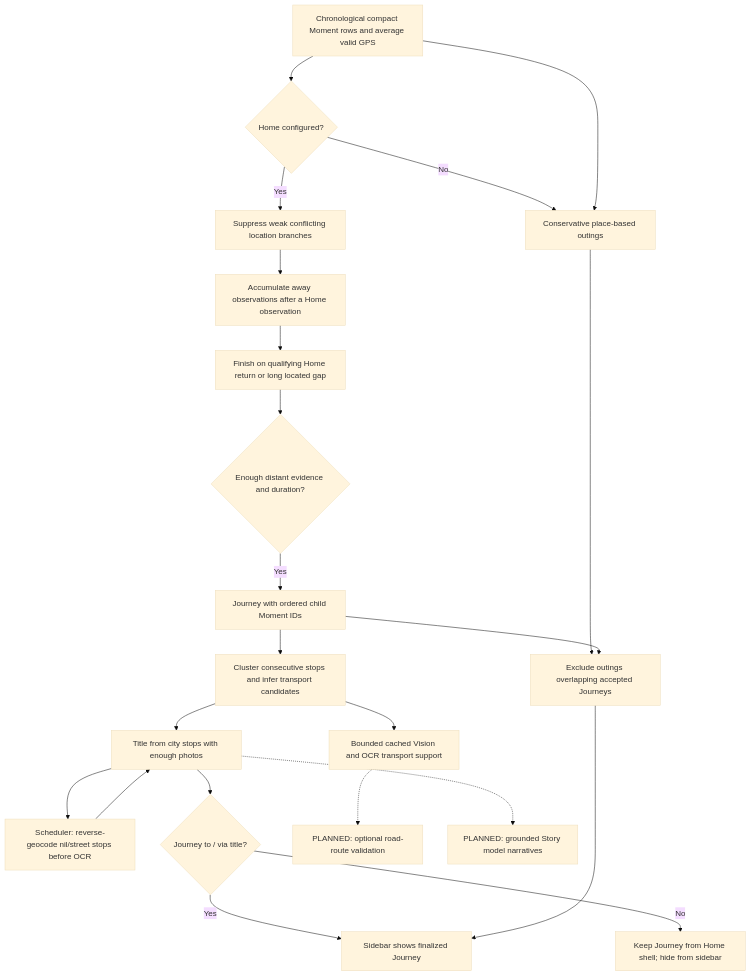
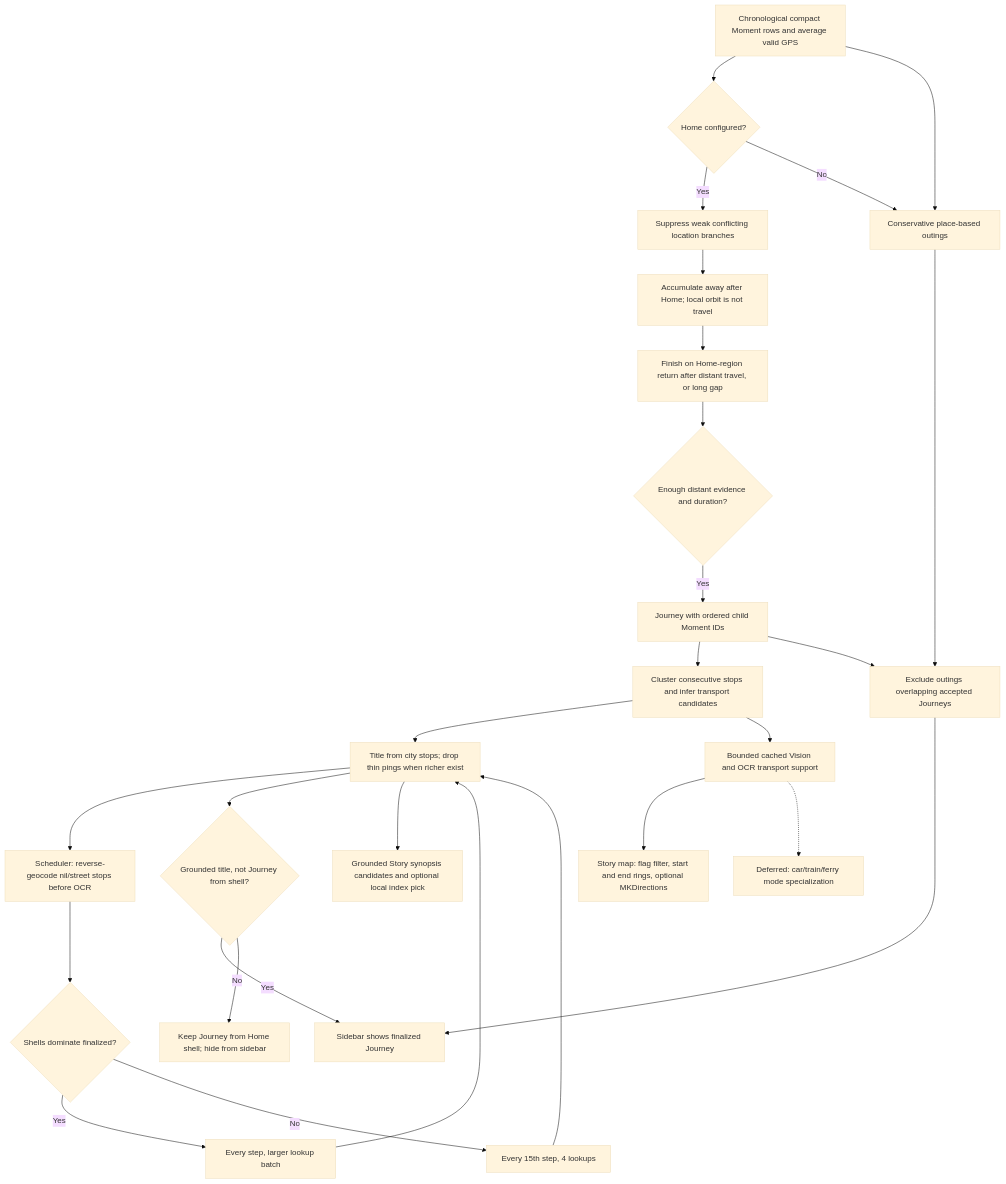
One commit to rostyslav-khomyk/photo-curator changed the third of 5 diagrams in Docs/CURATION_ALGORITHM.md. Above: the diagram before and after it, drawn with Mermaid (base theme). The commit also changed other lines of this file and 37 other files, not shown here.

````diff
--- a/Docs/CURATION_ALGORITHM.md
+++ b/Docs/CURATION_ALGORITHM.md
@@ -123,24 +136,29 @@
 ```mermaid
 flowchart TD
     A[Chronological compact Moment rows and average valid GPS] --> B{Home configured?}
     B -->|Yes| C[Suppress weak conflicting location branches]
-    C --> D[Accumulate away observations after a Home observation]
-    D --> E[Finish on qualifying Home return or long located gap]
+    C --> D[Accumulate away after Home; local orbit is not travel]
+    D --> E[Finish on Home-region return after distant travel, or long gap]
     E --> F{Enough distant evidence and duration?}
     F -->|Yes| G[Journey with ordered child Moment IDs]
     G --> H[Cluster consecutive stops and infer transport candidates]
-    H --> I[Title from city stops with enough photos]
+    H --> I[Title from city stops; drop thin pings when richer exist]
     I --> J[Scheduler: reverse-geocode nil/street stops before OCR]
-    J --> I
-    I --> T{Journey to / via title?}
+    J --> Rec{Shells dominate finalized?}
+    Rec -->|Yes| Fast[Every step, larger lookup batch]
+    Rec -->|No| Slow[Every 15th step, 4 lookups]
+    Fast --> I
+    Slow --> I
+    I --> T{Grounded title, not Journey from shell?}
     T -->|Yes| L[Sidebar shows finalized Journey]
     T -->|No| Shell[Keep Journey from Home shell; hide from sidebar]
     B -->|No| O[Conservative place-based outings]
     A --> O
     O --> K[Exclude outings overlapping accepted Journeys]
     G --> K
     K --> L
     H --> P[Bounded cached Vision and OCR transport support]
-    P -.-> R[PLANNED: optional road-route validation]
-    I -.-> N[PLANNED: grounded Story model narratives]
+    P --> MapUI[Story map: flag filter, start and end rings, optional MKDirections]
+    P -.-> R[Deferred: car/train/ferry mode specialization]
+    I --> N[Grounded Story synopsis candidates and optional local index pick]
 ```
````
